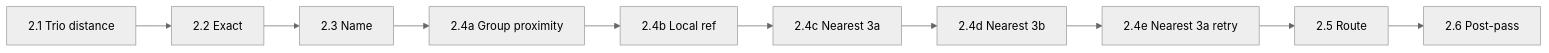
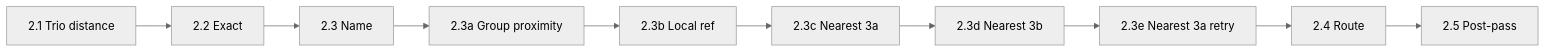
One commit to openTdataCH/stop_sync_osm_atlas changed the third of 4 diagrams in documentation/2. Matching process.md. Above: the diagram before and after it, drawn with Mermaid (neutral theme). The commit also changed other lines of this file and 39 other files, not shown here.

````diff
--- a/documentation/2. Matching process.md
+++ b/documentation/2. Matching process.md
@@ -193,4 +193,4 @@
 ```mermaid
 flowchart LR
-    T["2.1 Trio distance"] --> E["2.2 Exact"] --> N["2.3 Name"] --> D1["2.4a Group proximity"] --> D2["2.4b Local ref"] --> D3["2.4c Nearest 3a"] --> D4["2.4d Nearest 3b"] --> D5["2.4e Nearest 3a retry"] --> R["2.5 Route"] --> P["2.6 Post-pass"]
+    T["2.1 Trio distance"] --> E["2.2 Exact"] --> N["2.3 Name"] --> D1["2.3a Group proximity"] --> D2["2.3b Local ref"] --> D3["2.3c Nearest 3a"] --> D4["2.3d Nearest 3b"] --> D5["2.3e Nearest 3a retry"] --> R["2.4 Route"] --> P["2.5 Post-pass"]
 ```
````
